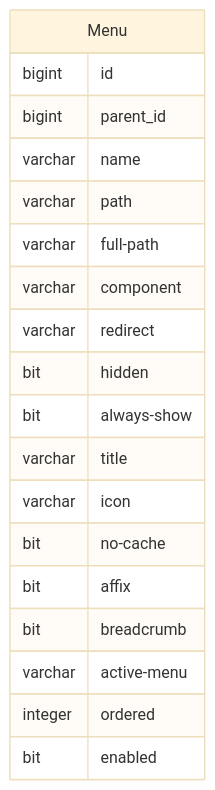
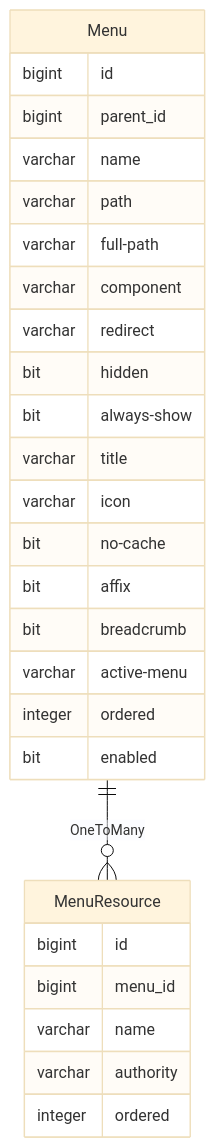
Before and after one commit to mrzhqiang/rowing: the diagram in docs/1.develop/1.6.menu.md, drawn with Mermaid (base theme). The commit also changed other lines of this file and 21 other files, not shown here.

````diff
--- a/docs/1.develop/1.6.menu.md
+++ b/docs/1.develop/1.6.menu.md
@@ -20,22 +26,30 @@
 ```mermaid
 erDiagram
+    Menu ||--o{ MenuResource : OneToMany
     Menu {
         bigint     id
         bigint     parent_id
         varchar    name
         varchar    path
         varchar    full-path
         varchar    component
         varchar    redirect
         bit        hidden
         bit        always-show
         varchar    title
         varchar    icon
         bit        no-cache
         bit        affix
         bit        breadcrumb
         varchar    active-menu
         integer    ordered
         bit        enabled
     }
+    MenuResource {
+        bigint      id
+        bigint      menu_id
+        varchar     name
+        varchar     authority
+        integer     ordered
+    }
 ```
````
